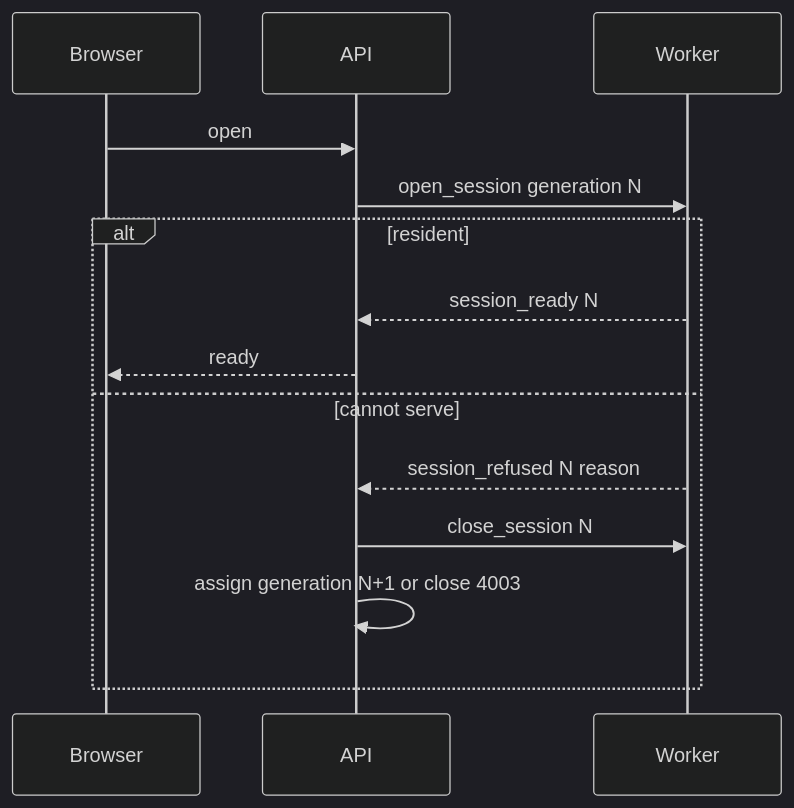
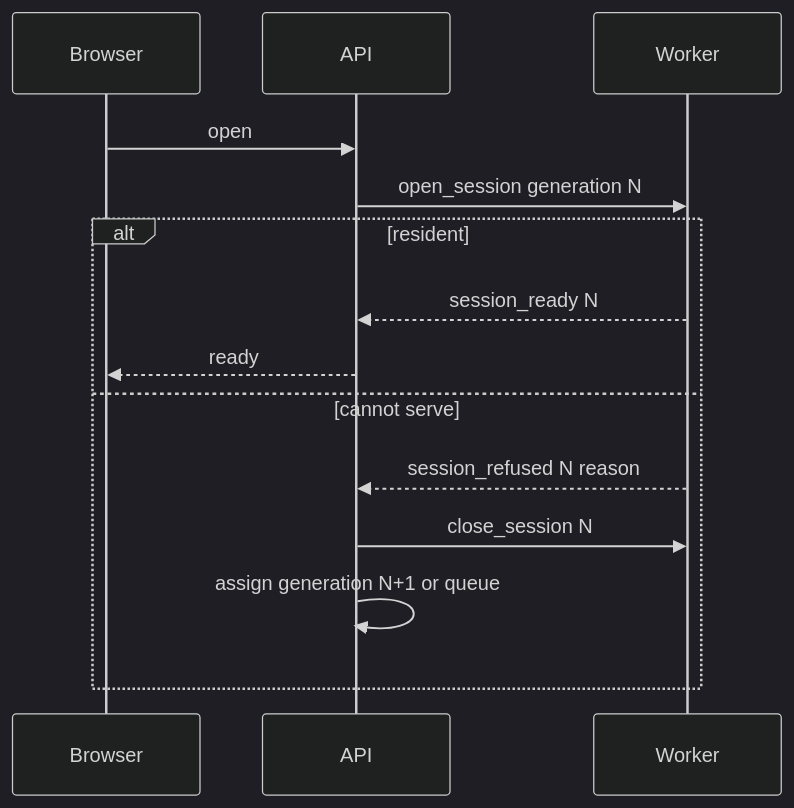
The fourth of 5 diagrams in docs/connection-handling.md (Portocolom-Studio/potocolom), drawn with Mermaid (dark theme) before and after one commit. The commit also changed other lines of this file and 7 other files, not shown here.

````diff
--- a/docs/connection-handling.md
+++ b/docs/connection-handling.md
@@ -259,16 +259,16 @@
 ```mermaid
 sequenceDiagram
     participant Browser
     participant API
     participant Worker
     Browser->>API: open
     API->>Worker: open_session generation N
     alt resident
         Worker-->>API: session_ready N
         API-->>Browser: ready
     else cannot serve
         Worker-->>API: session_refused N reason
         API->>Worker: close_session N
-        API->>API: assign generation N+1 or close 4003
+        API->>API: assign generation N+1 or queue
     end
 ```
````
